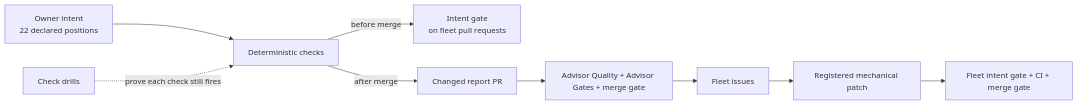
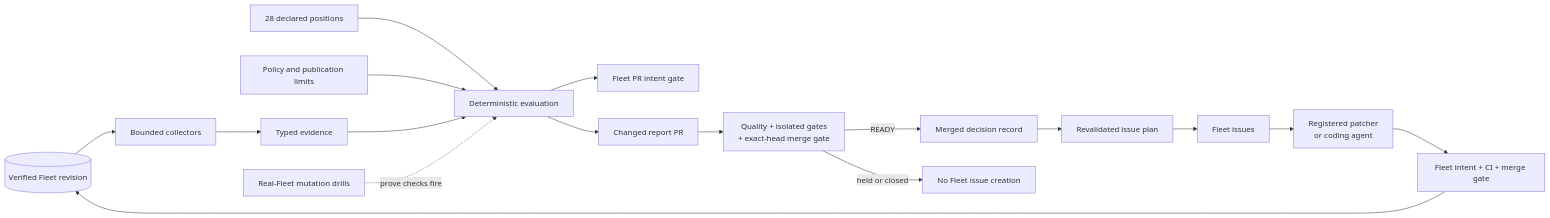
The diagram in README.md (ImranAdan/infra-fleet-advisor-public), drawn with Mermaid before and after one commit. The commit also changed other lines of this file, not shown here.

Commit message:
docs: refresh advisor overview

````diff
--- a/README.md
+++ b/README.md
@@ -14,11 +15,20 @@
 ```mermaid
 flowchart LR
-    Intent["Owner intent<br/>22 declared positions"] --> Checks["Deterministic checks"]
-    Checks -->|before merge| Gate["Intent gate<br/>on fleet pull requests"]
-    Checks -->|after merge| Report["Changed report PR"]
-    Report --> ReportGate["Advisor Quality + Advisor Gates + merge gate"]
-    ReportGate --> Issues["Fleet issues"]
-    Issues --> Patch["Registered mechanical patch"]
-    Patch --> FleetGate["Fleet intent gate + CI + merge gate"]
-    Drills["Check drills"] -.->|prove each check still fires| Checks
+    Fleet[(Verified Fleet revision)] --> Collect["Bounded collectors"]
+    Intent["28 declared positions"] --> Evaluate["Deterministic evaluation"]
+    Policy["Policy and publication limits"] --> Evaluate
+    Collect --> Evidence["Typed evidence"] --> Evaluate
+
+    Evaluate --> Gate["Fleet PR intent gate"]
+    Evaluate --> Report["Changed report PR"]
+    Drills["Real-Fleet mutation drills"] -.->|prove checks fire| Evaluate
+
+    Report --> Quality["Quality + isolated gates<br/>+ exact-head merge gate"]
+    Quality -->|READY| Baseline["Merged decision record"]
+    Quality -->|held or closed| Stop["No Fleet issue creation"]
+    Baseline --> Publish["Revalidated issue plan"]
+    Publish --> Issues["Fleet issues"]
+    Issues --> Fix["Registered patcher<br/>or coding agent"]
+    Fix --> FleetPR["Fleet intent + CI + merge gate"]
+    FleetPR --> Fleet
 ```
````
